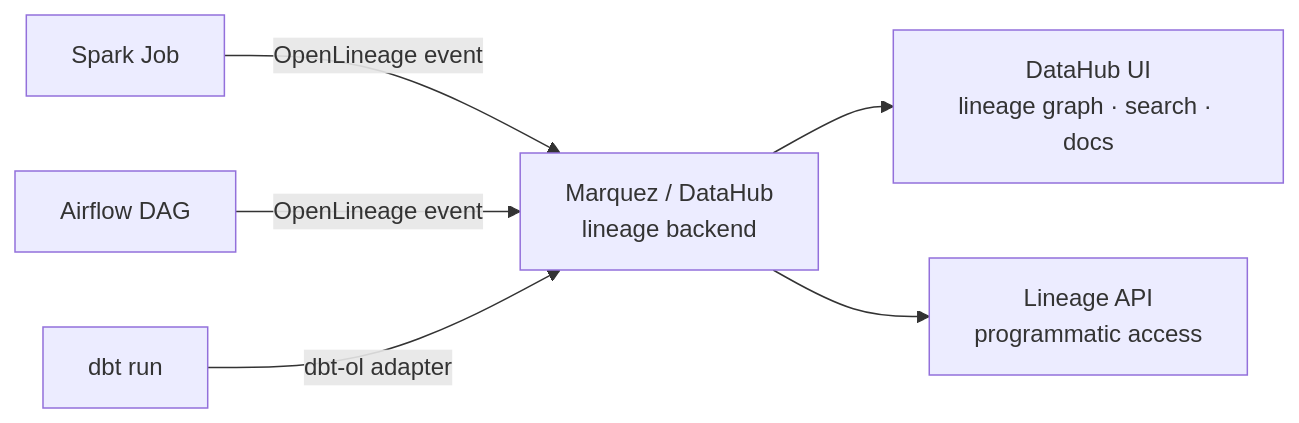
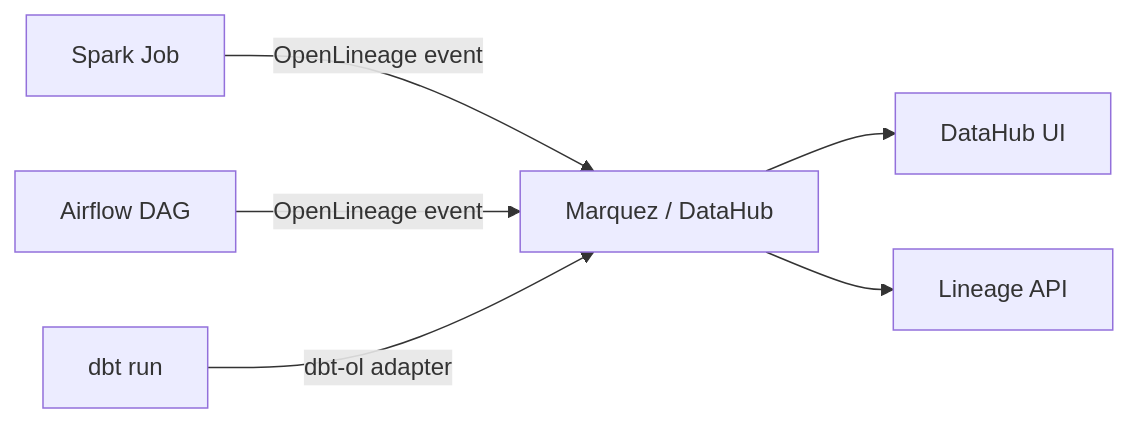
Before and after one commit to gcmishra7/data-engineering-helper: the diagram in 07-ecosystem-tools/04-openlineage-datahub.md, drawn with Mermaid. The commit also changed other lines of this file and 57 other files, not shown here.

First line of the commit message:
Shorten mermaid node labels to fix text truncation on GitHub

````diff
--- a/07-ecosystem-tools/04-openlineage-datahub.md
+++ b/07-ecosystem-tools/04-openlineage-datahub.md
@@ -8,8 +8,8 @@
 ```mermaid
 graph LR
-    SPARK[Spark Job] -->|OpenLineage event| MQ[Marquez / DataHub<br/>lineage backend]
+    SPARK[Spark Job] -->|OpenLineage event| MQ[Marquez / DataHub]
     AIRFLOW[Airflow DAG] -->|OpenLineage event| MQ
     DBT[dbt run] -->|dbt-ol adapter| MQ
-    MQ --> UI[DataHub UI<br/>lineage graph · search · docs]
-    MQ --> API[Lineage API<br/>programmatic access]
+    MQ --> UI[DataHub UI]
+    MQ --> API[Lineage API]
 ```
````
